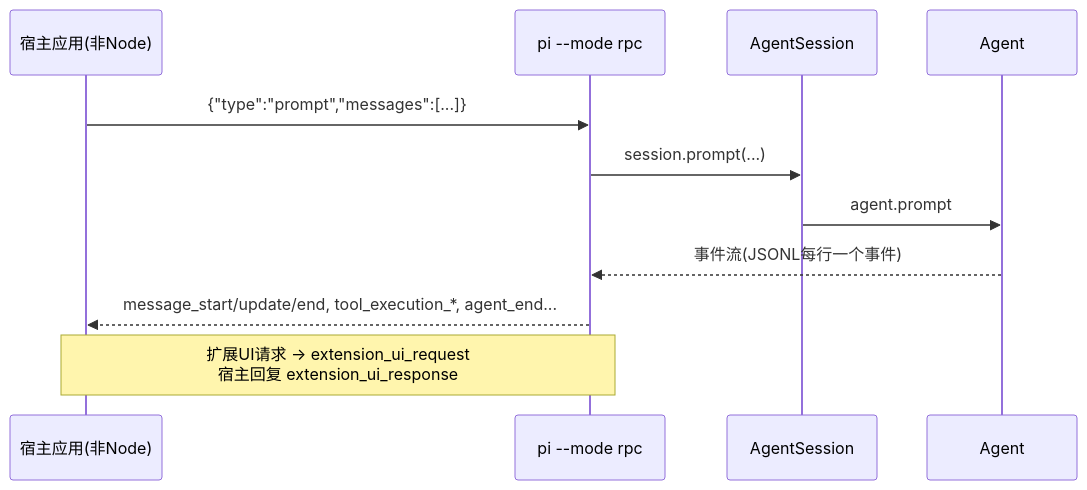
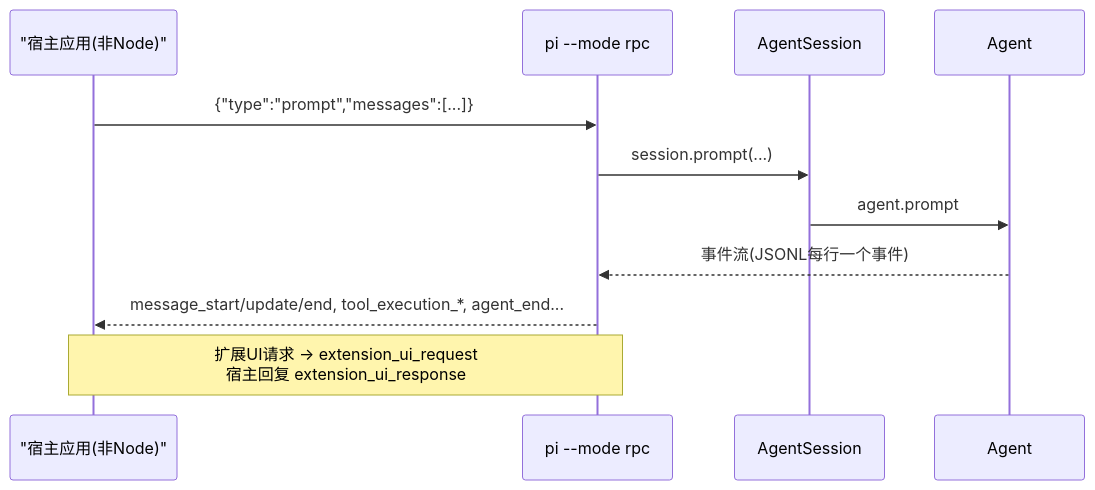
Before and after one commit to lidetao/harness-frameworks: the third of 4 diagrams in pi/05-extensibility.md, drawn with Mermaid. The commit also changed 4 other files, not shown here.

Commit message:
Quote Mermaid labels in pi docs to fix diagram rendering

````diff
--- a/pi/05-extensibility.md
+++ b/pi/05-extensibility.md
@@ -112,14 +112,14 @@
 ```mermaid
 sequenceDiagram
-    participant H as 宿主应用(非Node)
+    participant H as "宿主应用(非Node)"
     participant PI as pi --mode rpc
     participant S as AgentSession
     participant A as Agent
 
     H->>PI: {"type":"prompt","messages":[...]}
     PI->>S: session.prompt(...)
     S->>A: agent.prompt
     A-->>PI: 事件流(JSONL每行一个事件)
     PI-->>H: message_start/update/end, tool_execution_*, agent_end...
     Note over PI,H: 扩展UI请求 → extension_ui_request<br/>宿主回复 extension_ui_response
 ```
````
